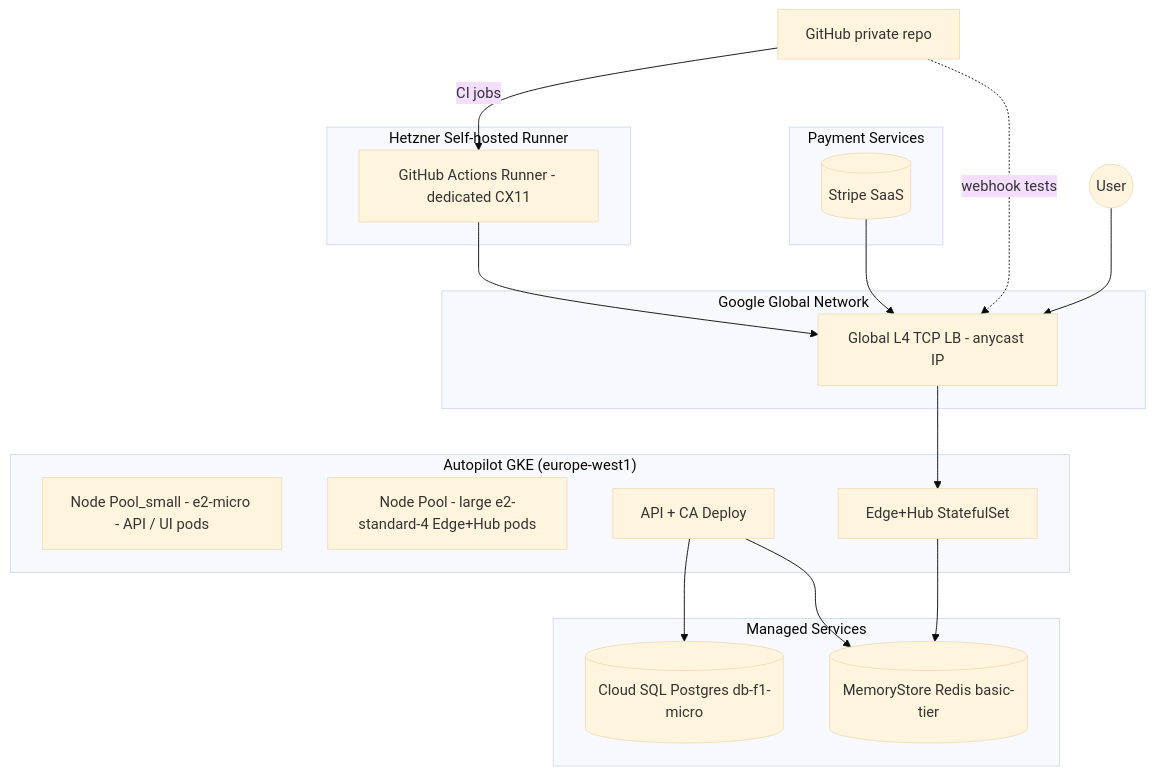
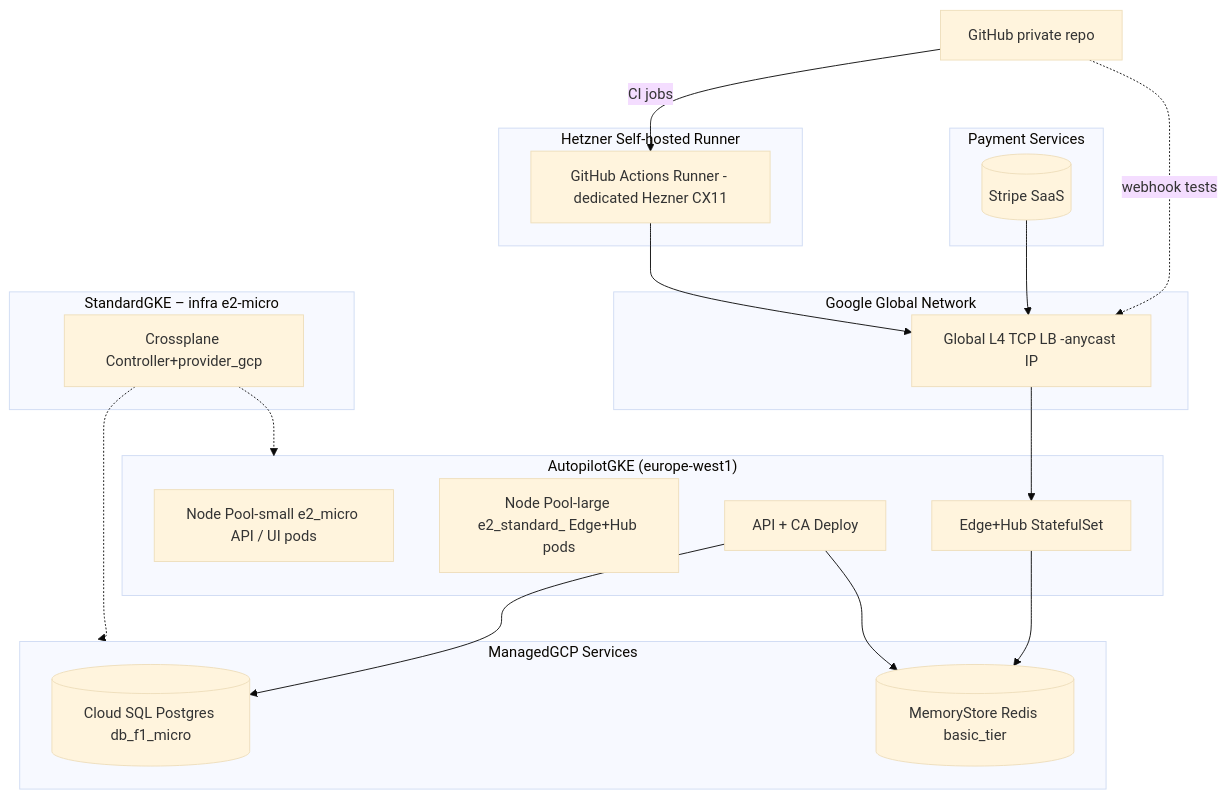
Before and after one commit to microscaler/fleetingdns: the first of 2 diagrams in docs/engineering/E0-Cloud_POC_infrastructure.md, drawn with Mermaid (base theme). The commit also changed other lines of this file and 3 other files, not shown here.

Commit message:
Updates to architecture

````diff
--- a/docs/engineering/E0-Cloud_POC_infrastructure.md
+++ b/docs/engineering/E0-Cloud_POC_infrastructure.md
@@ -21,40 +21,47 @@
 ```mermaid
 flowchart TD
-User((User))
-subgraph UserEdge["Google Global Network"]
-GLB[Global L4 TCP LB - anycast IP]
-end
+    subgraph UserEdge["Google Global Network"]
+        GLB[Global L4 TCP LB -anycast IP]
+    end
 
-subgraph GKE["Autopilot GKE (europe-west1)"]
-NPsmall[Node Pool_small - e2-micro - API / UI pods]
-NPlarge[Node Pool - large e2-standard-4 Edge+Hub pods]
-EdgeHub[Edge+Hub StatefulSet]
-API[API + CA Deploy]
-end
+    subgraph GKE_Workload["AutopilotGKE (europe‑west1)"]
+        NPsmall[Node Pool-small e2_micro API / UI pods]
+        NPlarge[Node Pool-large e2_standard_ Edge+Hub pods]
+        EdgeHub[Edge+Hub StatefulSet]
+        API[API + CA Deploy]
+    end
 
-subgraph Payment["Payment Services"]
-    StrBilling[(Stripe SaaS)]
-end
+    subgraph GKE_Infra["StandardGKE – infra e2‑micro"]
+        Crossplane[Crossplane Controller+provider_gcp]
+    end
 
-subgraph Managed["Managed Services"]
-SQL[(Cloud SQL Postgres db-f1-micro)]
-Redis[(MemoryStore Redis basic-tier)]
-end
+    subgraph Payment["Payment Services"]
+        StrBilling[(Stripe SaaS)]
+    end
 
-subgraph Hetzner["Hetzner Self‑hosted Runner"]
-Runner[GitHub Actions Runner - dedicated CX11]
-end
+    subgraph Managed["ManagedGCP Services"]
+        SQL[(Cloud SQL Postgres db_f1_micro)]
+        Redis[(MemoryStore Redis basic_tier)]
+    end
 
-Github[GitHub private repo]
+    subgraph Hetzner["Hetzner Self‑hosted Runner"]
+        Runner[GitHub Actions Runner - dedicated Hezner CX11]
+    end
 
-User --> GLB
-GLB --> EdgeHub
-EdgeHub --> Redis
-API --> SQL
-API --> Redis
-Github -.webhook tests.-> GLB
-StrBilling --> GLB
-Github -- CI jobs --> Runner
-Runner --> GLB 
-%% end‑to‑end smoke tests
+    Github[GitHub private repo]
+
+    %% data plane
+    GLB --> EdgeHub
+    EdgeHub --> Redis
+    API --> SQL
+    API --> Redis
+    Github -.webhook tests.-> GLB
+    StrBilling --> GLB
+
+    %% CI / infra plane
+    Github -- CI jobs --> Runner
+    Runner --> GLB 
+    %% end‑to‑end smoke tests
+    Crossplane -.-> GKE_Workload
+    Crossplane -.-> Managed
 ```
````
